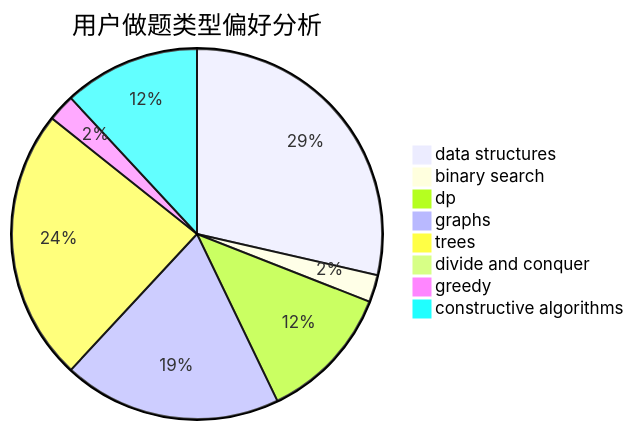
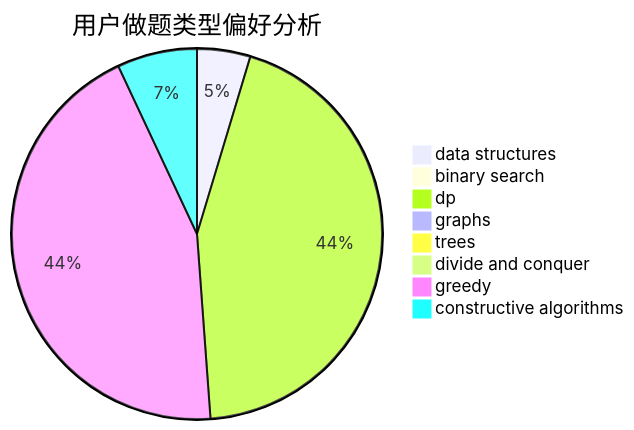
One commit to sherpahu/cfrs.github.io changed the second of 3 diagrams in docs/user/u604.md. Above: the diagram before and after it, drawn with Mermaid. The commit also changed other lines of this file and 2770 other files, not shown here.

````diff
--- a/docs/user/u604.md
+++ b/docs/user/u604.md
@@ -23,11 +23,11 @@
 ```mermaid
 pie title 用户做题类型偏好分析
-    "data structures" :  12
-    "binary search" :  1
-    "dp" :  5
-    "graphs" :  8
-    "trees" :  10
+    "data structures" :  2
+    "binary search" :  0
+    "dp" :  19
+    "graphs" :  0
+    "trees" :  0
     "divide and conquer" :  0
-    "greedy" :  1
-    "constructive algorithms" :  5
+    "greedy" :  19
+    "constructive algorithms" :  3
 ```
````
